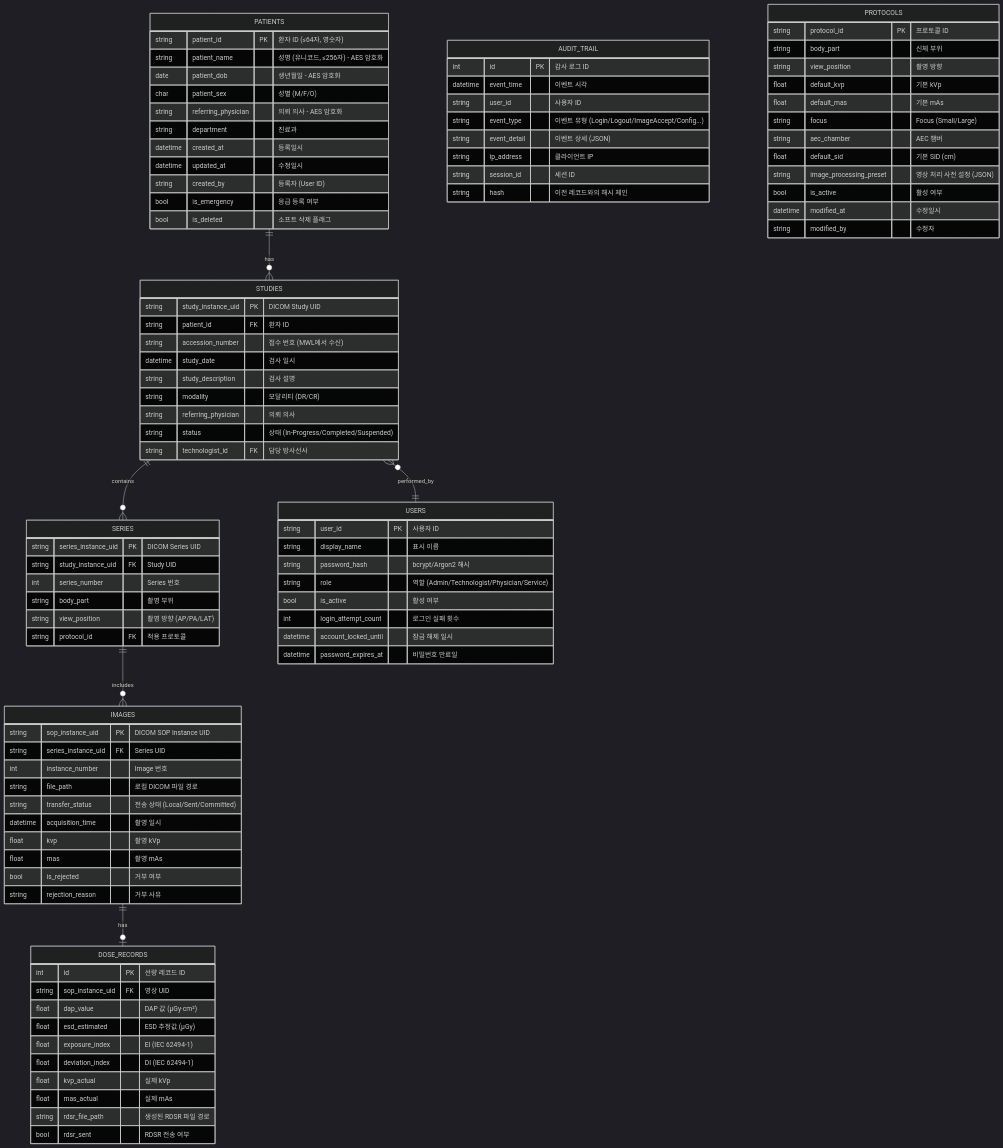
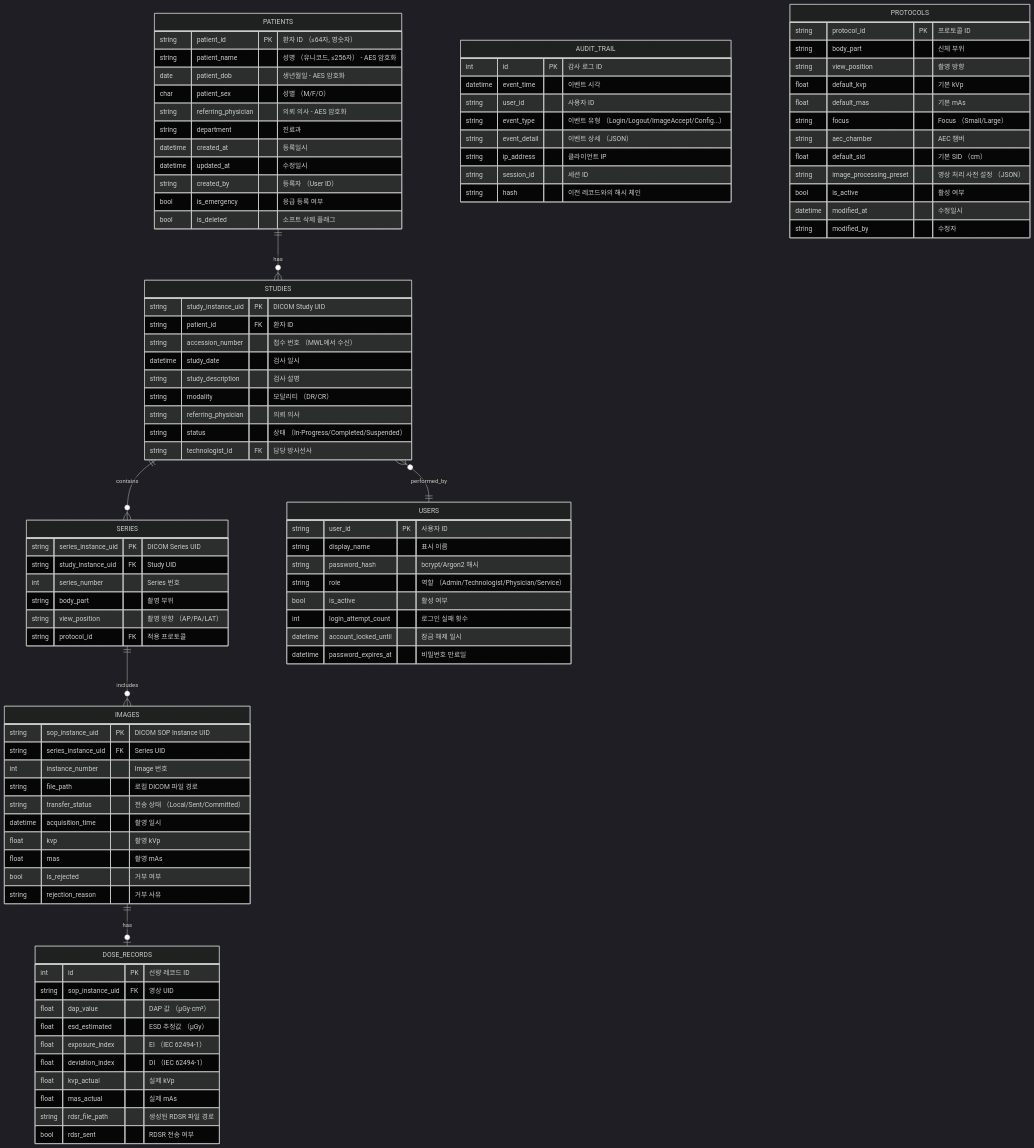
Before and after one commit to holee9/console-gui: the sixth of 8 diagrams in docs/planning/DOC-004_FRS_v2.0.md, drawn with Mermaid (dark theme). The commit also changed 19 other files, not shown here.

First line of the commit message:
fix: quadrantChart/pie/timeline 등 비flowchart 차트 파싱 오류 전면 수정

````diff
--- a/docs/planning/DOC-004_FRS_v2.0.md
+++ b/docs/planning/DOC-004_FRS_v2.0.md
@@ -804,15 +804,15 @@
 ```mermaid
 erDiagram
     PATIENTS {
-        string patient_id PK "환자 ID (≤64자, 영숫자)"
-        string patient_name "성명 (유니코드, ≤256자) - AES 암호화"
+        string patient_id PK "환자 ID （≤64자, 영숫자）"
+        string patient_name "성명 （유니코드, ≤256자） - AES 암호화"
         date patient_dob "생년월일 - AES 암호화"
-        char patient_sex "성별 (M/F/O)"
+        char patient_sex "성별 （M/F/O）"
         string referring_physician "의뢰 의사 - AES 암호화"
         string department "진료과"
         datetime created_at "등록일시"
         datetime updated_at "수정일시"
-        string created_by "등록자 (User ID)"
+        string created_by "등록자 （User ID）"
         bool is_emergency "응급 등록 여부"
         bool is_deleted "소프트 삭제 플래그"
     }
@@ -820,12 +820,12 @@
     STUDIES {
         string study_instance_uid PK "DICOM Study UID"
         string patient_id FK "환자 ID"
-        string accession_number "접수 번호 (MWL에서 수신)"
+        string accession_number "접수 번호 （MWL에서 수신）"
         datetime study_date "검사 일시"
         string study_description "검사 설명"
-        string modality "모달리티 (DR/CR)"
+        string modality "모달리티 （DR/CR）"
         string referring_physician "의뢰 의사"
-        string status "상태 (In-Progress/Completed/Suspended)"
+        string status "상태 （In-Progress/Completed/Suspended）"
         string technologist_id FK "담당 방사선사"
     }
 
@@ -834,7 +834,7 @@
         string study_instance_uid FK "Study UID"
         int series_number "Series 번호"
         string body_part "촬영 부위"
-        string view_position "촬영 방향 (AP/PA/LAT)"
+        string view_position "촬영 방향 （AP/PA/LAT）"
         string protocol_id FK "적용 프로토콜"
     }
 
@@ -843,7 +843,7 @@
         string series_instance_uid FK "Series UID"
         int instance_number "Image 번호"
         string file_path "로컬 DICOM 파일 경로"
-        string transfer_status "전송 상태 (Local/Sent/Committed)"
+        string transfer_status "전송 상태 （Local/Sent/Committed）"
         datetime acquisition_time "촬영 일시"
         float kvp "촬영 kVp"
         float mas "촬영 mAs"
@@ -854,10 +854,10 @@
     DOSE_RECORDS {
         int id PK "선량 레코드 ID"
         string sop_instance_uid FK "영상 UID"
-        float dap_value "DAP 값 (μGy·cm²)"
-        float esd_estimated "ESD 추정값 (μGy)"
-        float exposure_index "EI (IEC 62494-1)"
-        float deviation_index "DI (IEC 62494-1)"
+        float dap_value "DAP 값 （μGy·cm²）"
+        float esd_estimated "ESD 추정값 （μGy）"
+        float exposure_index "EI （IEC 62494-1）"
+        float deviation_index "DI （IEC 62494-1）"
         float kvp_actual "실제 kVp"
         float mas_actual "실제 mAs"
         string rdsr_file_path "생성된 RDSR 파일 경로"
@@ -868,7 +868,7 @@
         string user_id PK "사용자 ID"
         string display_name "표시 이름"
         string password_hash "bcrypt/Argon2 해시"
-        string role "역할 (Admin/Technologist/Physician/Service)"
+        string role "역할 （Admin/Technologist/Physician/Service）"
         bool is_active "활성 여부"
         int login_attempt_count "로그인 실패 횟수"
         datetime account_locked_until "잠금 해제 일시"
@@ -879,8 +879,8 @@
         int id PK "감사 로그 ID"
         datetime event_time "이벤트 시각"
         string user_id "사용자 ID"
-        string event_type "이벤트 유형 (Login/Logout/ImageAccept/Config...)"
-        string event_detail "이벤트 상세 (JSON)"
+        string event_type "이벤트 유형 （Login/Logout/ImageAccept/Config...）"
+        string event_detail "이벤트 상세 （JSON）"
         string ip_address "클라이언트 IP"
         string session_id "세션 ID"
         string hash "이전 레코드와의 해시 체인"
@@ -892,10 +892,10 @@
         string view_position "촬영 방향"
         float default_kvp "기본 kVp"
         float default_mas "기본 mAs"
-        string focus "Focus (Small/Large)"
+        string focus "Focus （Small/Large）"
         string aec_chamber "AEC 챔버"
-        float default_sid "기본 SID (cm)"
-        string image_processing_preset "영상 처리 사전 설정 (JSON)"
+        float default_sid "기본 SID （cm）"
+        string image_processing_preset "영상 처리 사전 설정 （JSON）"
         bool is_active "활성 여부"
         datetime modified_at "수정일시"
         string modified_by "수정자"
````
